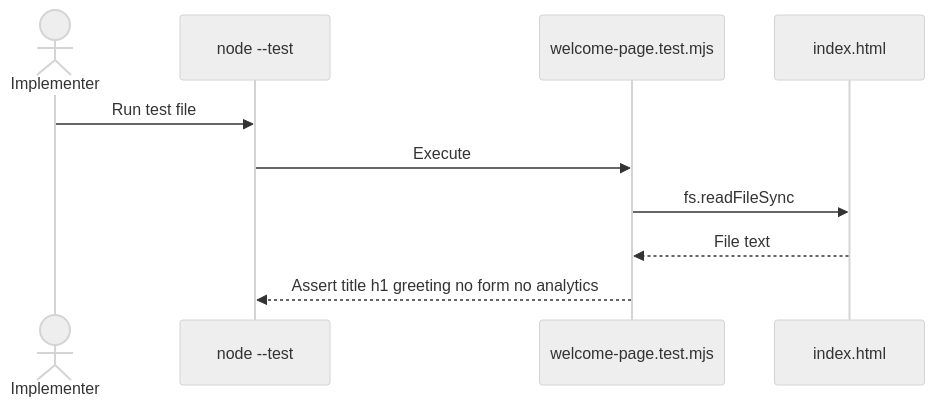
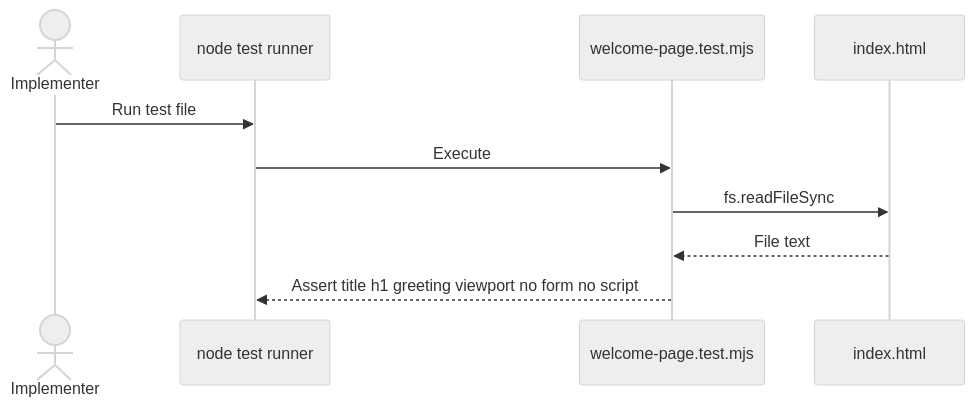
One commit to KBSHari/Cursor-agents changed the fourth of 4 diagrams in plans/hari-agents/architecture.md. Above: the diagram before and after it, drawn with Mermaid (neutral theme). The commit also changed other lines of this file, not shown here.

````diff
--- a/plans/hari-agents/architecture.md
+++ b/plans/hari-agents/architecture.md
@@ -221,13 +229,13 @@
 ```mermaid
 sequenceDiagram
     actor Implementer
-    participant Node as node --test
+    participant Node as node test runner
     participant Test as welcome-page.test.mjs
     participant HTML as index.html
 
     Implementer->>Node: Run test file
     Node->>Test: Execute
     Test->>HTML: fs.readFileSync
     HTML-->>Test: File text
-    Test-->>Node: Assert title h1 greeting no form no analytics
+    Test-->>Node: Assert title h1 greeting viewport no form no script
 ```
````
